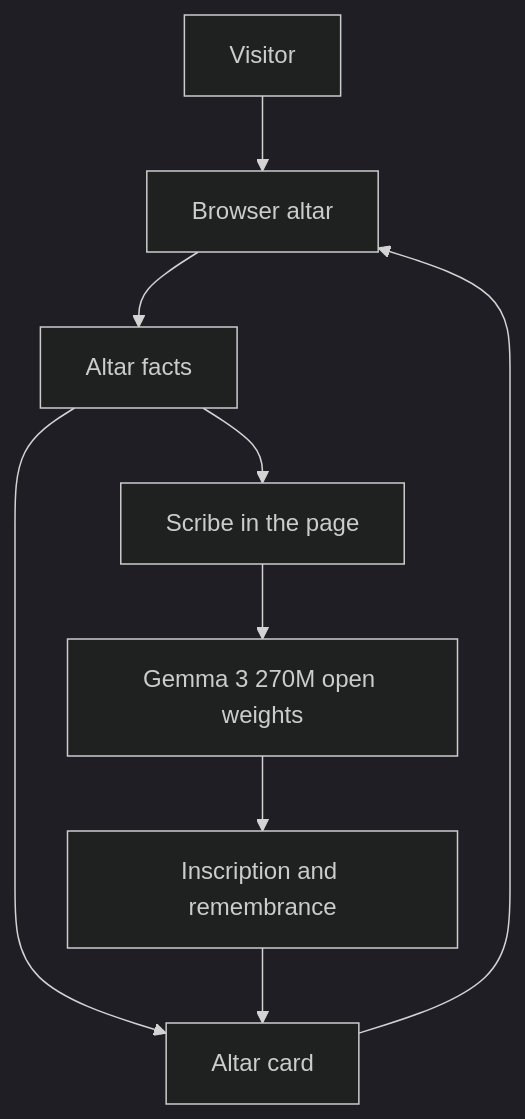
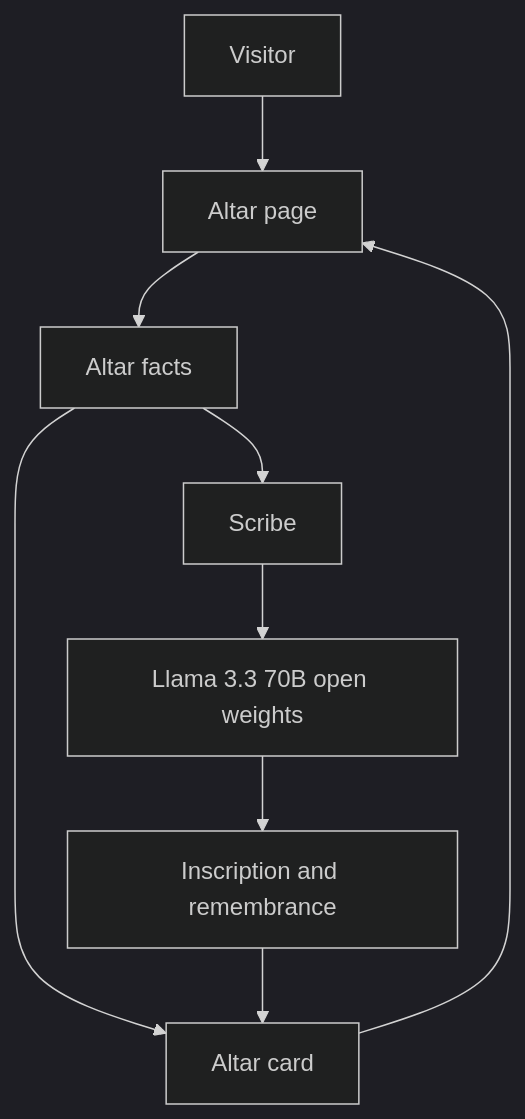
The diagram in README.md (AshrafGalaxy/lumbre), drawn with Mermaid (dark theme) before and after one commit. The commit also changed other lines of this file and 8 other files, not shown here.

````diff
--- a/README.md
+++ b/README.md
@@ -13,11 +13,11 @@
 ```mermaid
 flowchart TD
-    visitor[Visitor] --> page[Browser altar]
+    visitor[Visitor] --> page[Altar page]
     page --> facts[Altar facts]
-    facts --> scribe[Scribe in the page]
-    scribe --> gemma[Gemma 3 270M open weights]
-    gemma --> prose[Inscription and remembrance]
+    facts --> scribe[Scribe]
+    scribe --> llama[Llama 3.3 70B open weights]
+    llama --> prose[Inscription and remembrance]
     facts --> card[Altar card]
     prose --> card
     card --> page
 ```
````
